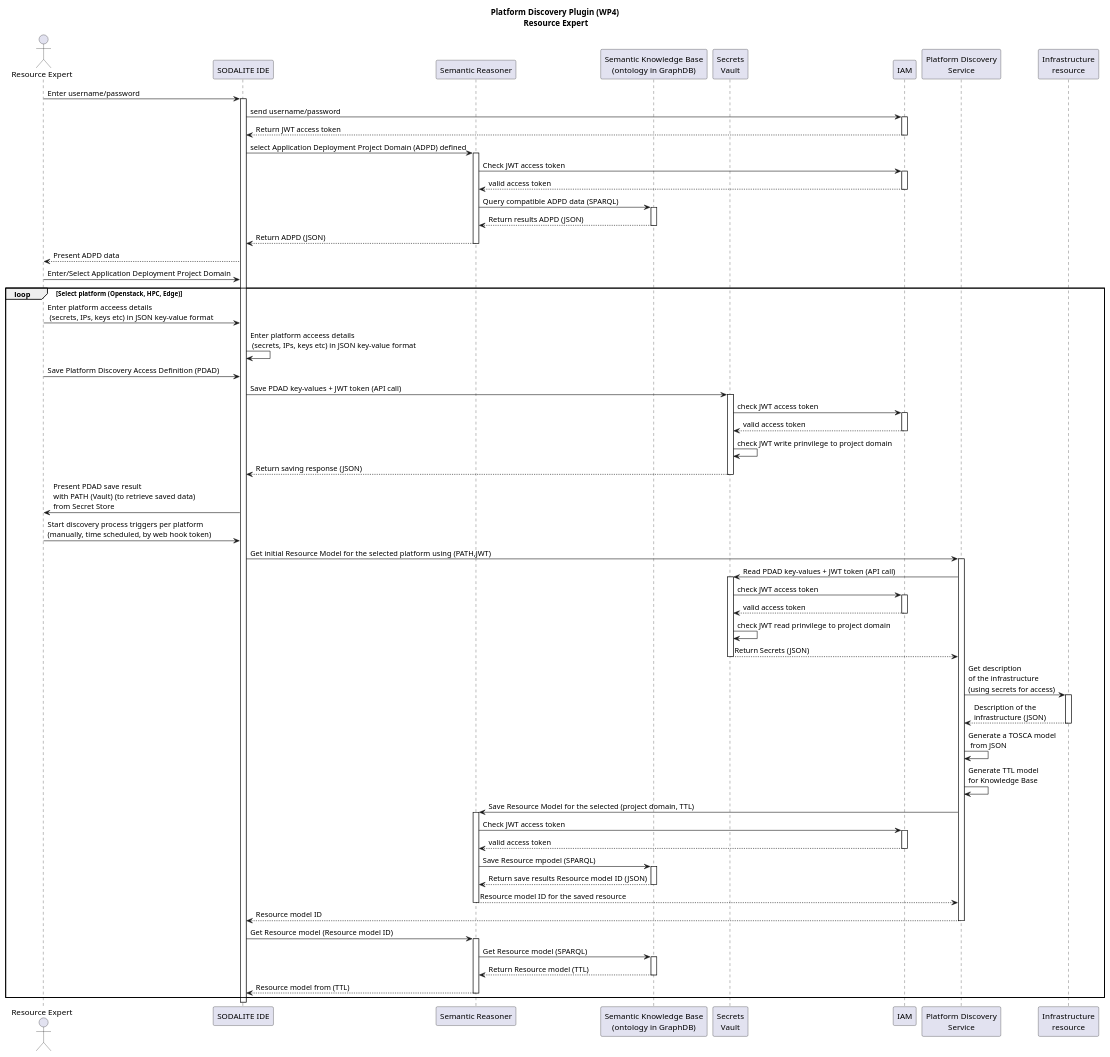
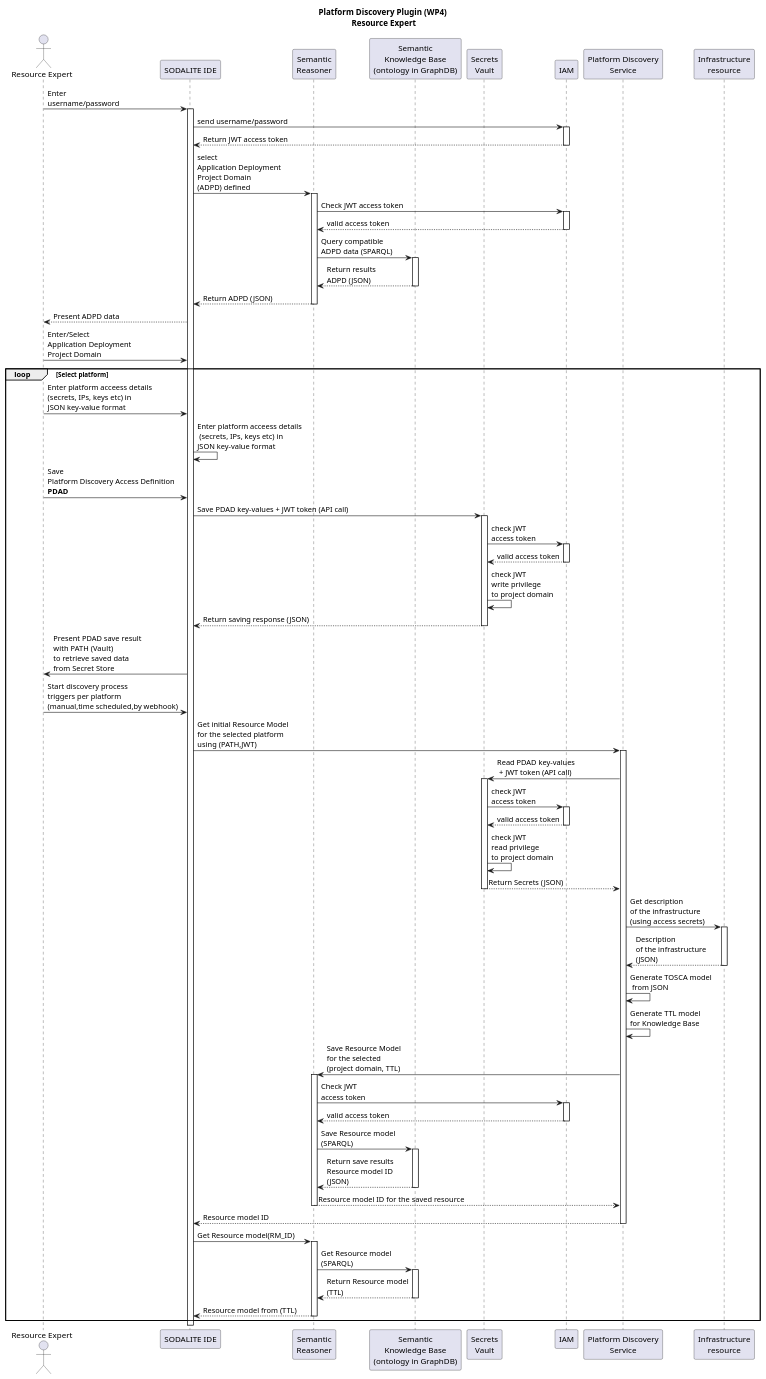
The diagram in uml/sequence-diagrams/UC-17-PlatformDiscovery-WP4.puml (SODALITE-EU/project-wide-documentation), drawn with PlantUML before and after one commit.

Commit message:
Shortened descriptions

```diff
--- a/uml/sequence-diagrams/UC-17-PlatformDiscovery-WP4.puml
+++ b/uml/sequence-diagrams/UC-17-PlatformDiscovery-WP4.puml
@@ -1,106 +1,107 @@
 @startuml
 
 title Platform Discovery Plugin (WP4)\n Resource Expert
 
 actor "Resource Expert" as re
 participant "SODALITE IDE" as editor
-participant "Semantic Reasoner" as reasoner
-participant "Semantic Knowledge Base\n(ontology in GraphDB)" as ontology
+participant "Semantic\nReasoner" as reasoner
+participant "Semantic\nKnowledge Base\n(ontology in GraphDB)" as ontology
 participant "Secrets\nVault" as secretstore
 participant "IAM" as IAM
 participant "Platform Discovery\nService" as PDS
 participant "Infrastructure\nresource" as resource
 
-re->editor: Enter username/password 
+re->editor: Enter\nusername/password 
 
 activate editor
 editor->IAM:  send username/password
 activate IAM
 IAM-->editor: Return JWT access token
 deactivate IAM
 
-editor->reasoner:  select Application Deployment Project Domain (ADPD) defined
+editor->reasoner:  select\nApplication Deployment\nProject Domain\n(ADPD) defined
 activate reasoner
 reasoner->IAM: Check JWT access token
 activate IAM
 IAM-->reasoner: valid access token
 deactivate IAM
 
-reasoner->ontology: Query compatible ADPD data (SPARQL)
+reasoner->ontology: Query compatible\nADPD data (SPARQL)
 activate ontology
-ontology-->reasoner: Return results ADPD (JSON)
+ontology-->reasoner: Return results\nADPD (JSON)
 deactivate ontology
 reasoner-->editor: Return ADPD (JSON)
 deactivate reasoner
 editor-->re: Present ADPD data
-re->editor: Enter/Select Application Deployment Project Domain 
+re->editor: Enter/Select\nApplication Deployment\nProject Domain 
 
-loop Select platform (Openstack, HPC, Edge) 
-    re->editor: Enter platform acceess details\n (secrets, IPs, keys etc) in JSON key-value format
-    editor->editor: Enter platform acceess details\n (secrets, IPs, keys etc) in JSON key-value format
+loop Select platform
+    re->editor: Enter platform acceess details\n(secrets, IPs, keys etc) in\nJSON key-value format
+    editor->editor: Enter platform acceess details\n (secrets, IPs, keys etc) in\nJSON key-value format
     'Save the data to secret store as a set of key-value entries (on a uniquiely defined namespace project/platform)
-    re->editor: Save Platform Discovery Access Definition (PDAD)
+    re->editor: Save\nPlatform Discovery Access Definition\n<b>PDAD
+
     editor->secretstore: Save PDAD key-values + JWT token (API call)
     activate secretstore
-    secretstore->IAM: check JWT access token 
+    secretstore->IAM: check JWT\naccess token 
     activate IAM
     IAM-->secretstore: valid access token
     deactivate IAM
-    secretstore->secretstore: check JWT write prinvilege to project domain
+    secretstore->secretstore: check JWT\nwrite privilege\nto project domain
     secretstore-->editor: Return saving response (JSON)
     deactivate secretstore
-    editor->re: Present PDAD save result\nwith PATH (Vault) (to retrieve saved data) \nfrom Secret Store
+    editor->re: Present PDAD save result\nwith PATH (Vault)\nto retrieve saved data\nfrom Secret Store
 
-    re->editor: Start discovery process triggers per platform\n(manually, time scheduled, by web hook token)
+    re->editor: Start discovery process\ntriggers per platform\n(manual,time scheduled,by webhook)
     
-    editor->PDS: Get initial Resource Model for the selected platform using (PATH,JWT)
+    editor->PDS: Get initial Resource Model\nfor the selected platform\nusing (PATH,JWT)
     activate PDS
-    PDS->secretstore: Read PDAD key-values + JWT token (API call)
+    PDS->secretstore: Read PDAD key-values\n + JWT token (API call)
     activate secretstore
-    secretstore->IAM: check JWT access token 
+    secretstore->IAM: check JWT\naccess token 
     activate IAM
     IAM-->secretstore: valid access token
     deactivate IAM
-    secretstore->secretstore: check JWT read prinvilege to project domain
+    secretstore->secretstore: check JWT\nread privilege\nto project domain
     secretstore-->PDS: Return Secrets (JSON)
     deactivate secretstore
 
-    PDS->resource: Get description\nof the infrastructure\n(using secrets for access)
+    PDS->resource: Get description\nof the infrastructure\n(using access secrets)
     activate resource
-    resource-->PDS: Description of the\ninfrastructure (JSON)
+    resource-->PDS: Description\nof the infrastructure\n(JSON)
     deactivate resource
 
-    PDS->PDS: Generate a TOSCA model\n from JSON
+    PDS->PDS: Generate TOSCA model\n from JSON
     PDS->PDS: Generate TTL model\nfor Knowledge Base
     
-    PDS->reasoner: Save Resource Model for the selected (project domain, TTL)
+    PDS->reasoner: Save Resource Model\nfor the selected\n(project domain, TTL)
 
     activate reasoner
-    reasoner->IAM: Check JWT access token
+    reasoner->IAM: Check JWT\naccess token
     activate IAM
     IAM-->reasoner: valid access token
     deactivate IAM
-    reasoner->ontology: Save Resource mpodel (SPARQL)
+    reasoner->ontology: Save Resource model\n(SPARQL)
     activate ontology
-    ontology-->reasoner: Return save results Resource model ID (JSON)
+    ontology-->reasoner: Return save results\nResource model ID\n(JSON)
     deactivate ontology
     reasoner-->PDS: Resource model ID for the saved resource
     deactivate reasoner
 
     PDS-->editor: Resource model ID 
     deactivate PDS
 
-    editor->reasoner: Get Resource model (Resource model ID)
+    editor->reasoner: Get Resource model(RM_ID)
     activate reasoner
 
-    reasoner->ontology: Get Resource model (SPARQL)
+    reasoner->ontology: Get Resource model\n(SPARQL)
     activate ontology
-    ontology-->reasoner: Return Resource model (TTL)
+    ontology-->reasoner: Return Resource model\n(TTL)
     deactivate ontology
 
     reasoner-->editor: Resource model from (TTL)
     deactivate reasoner
     deactivate PDS
 
 end
 @enduml
```
